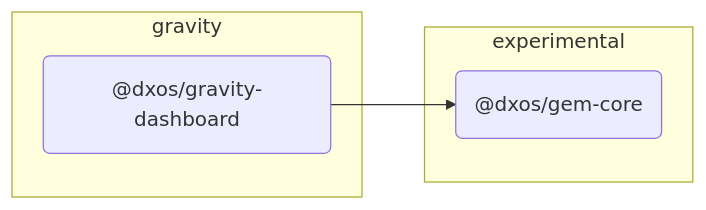
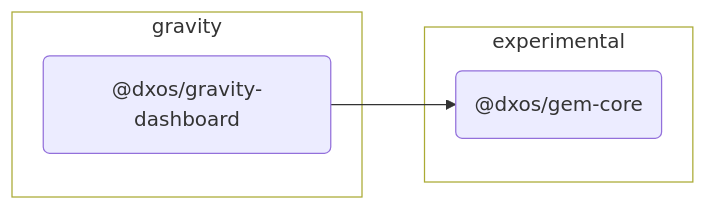
One commit to dxos/dxos changed the diagram in packages/gravity/gravity-dashboard/docs/README.md. Above: the diagram before and after it, drawn with Mermaid. The commit also changed 80 other files, not shown here.

````diff
--- a/packages/gravity/gravity-dashboard/docs/README.md
+++ b/packages/gravity/gravity-dashboard/docs/README.md
@@ -7,21 +7,26 @@
 ```mermaid
 %%{ init: {'flowchart':{'curve':'basis'}} }%%
 
 flowchart LR
 
+%% Classes
+
+
+
 %% Nodes
 
 subgraph gravity [gravity]
+  style gravity fill:transparent
   dxos/gravity-dashboard("@dxos/gravity-dashboard"):::root
   click dxos/gravity-dashboard "dxos/dxos/tree/main/packages/gravity/gravity-dashboard/docs"
 end
 
 subgraph experimental [experimental]
+  style experimental fill:transparent
   dxos/gem-core("@dxos/gem-core"):::def
   click dxos/gem-core "dxos/dxos/tree/main/packages/experimental/gem-core/docs"
 end
 
 %% Links
-linkStyle default stroke:#333,stroke-width:1px
 dxos/gravity-dashboard --> dxos/gem-core
 ```
````
